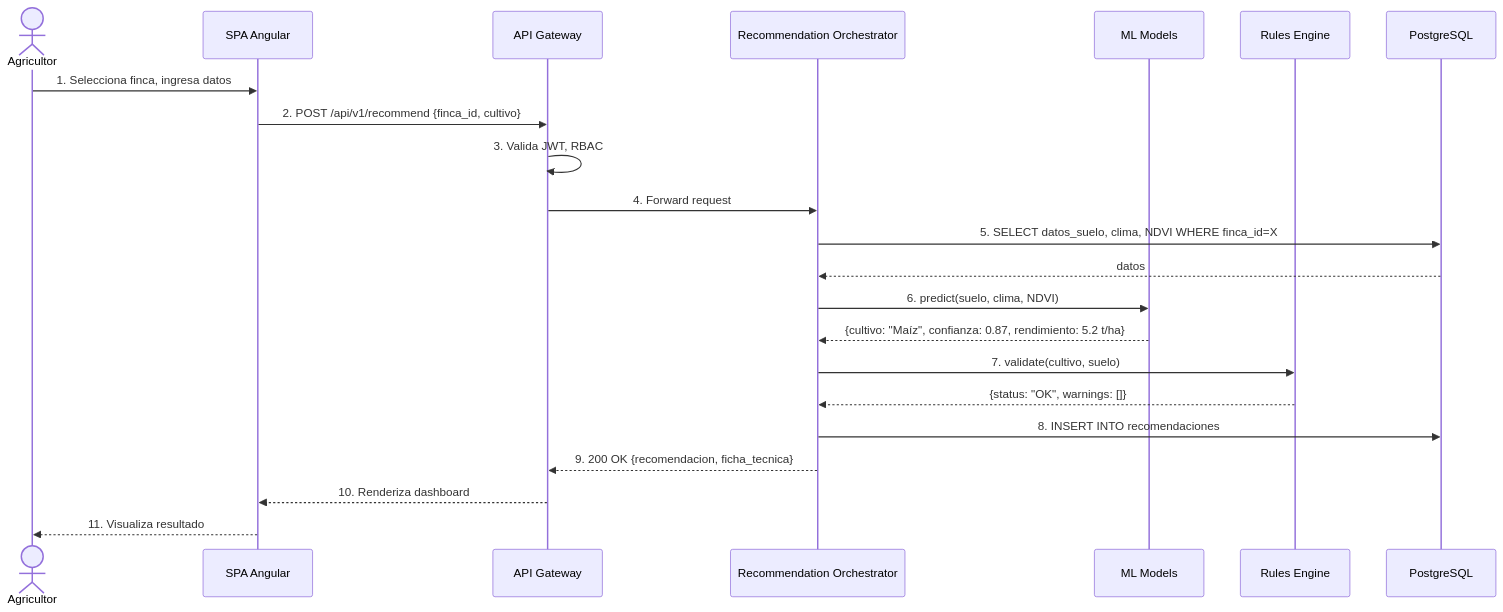
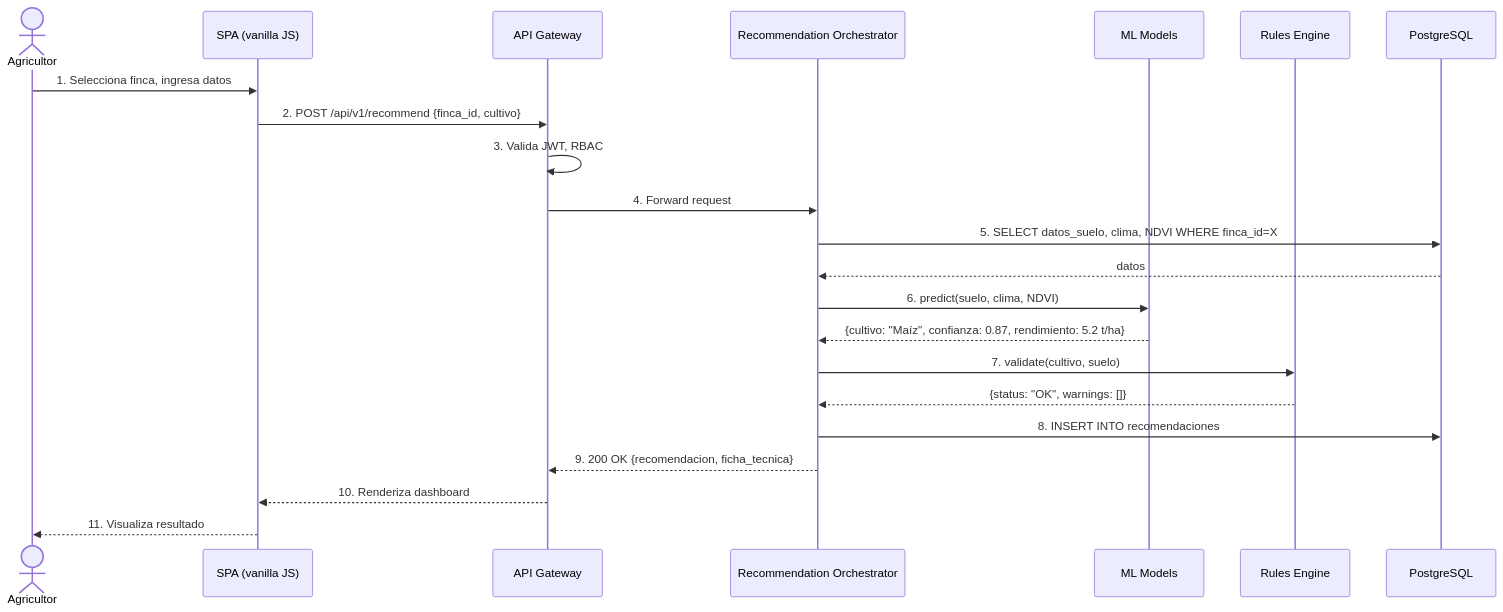
One commit to erick880709/Agro-ia changed the fourth of 9 diagrams in resources/architecture/Documento_Arquitectura_AgroIA.md. Above: the diagram before and after it, drawn with Mermaid. The commit also changed other lines of this file and 5 other files, not shown here.

Commit message:
docs: documentacion actualizada a v2.13 — funcional-tecnico (35 routers, 35 tablas, migraciones 001-035), pantallas v2.13, arquitectura con estado actual de implementacion (SPA vanilla, Render+Neon, modulos v4/operativo) y script de sincronizacion HTML desde el .md

````diff
--- a/resources/architecture/Documento_Arquitectura_AgroIA.md
+++ b/resources/architecture/Documento_Arquitectura_AgroIA.md
@@ -300,25 +354,25 @@
 ```mermaid
 sequenceDiagram
     actor A as Agricultor
-    participant SPA as SPA Angular
+    participant SPA as SPA (vanilla JS)
     participant GW as API Gateway
     participant ORCH as Recommendation Orchestrator
     participant ML as ML Models
     participant RULES as Rules Engine
     participant PG as PostgreSQL
 
     A->>SPA: 1. Selecciona finca, ingresa datos
     SPA->>GW: 2. POST /api/v1/recommend {finca_id, cultivo}
     GW->>GW: 3. Valida JWT, RBAC
     GW->>ORCH: 4. Forward request
     ORCH->>PG: 5. SELECT datos_suelo, clima, NDVI WHERE finca_id=X
     PG-->>ORCH: datos
     ORCH->>ML: 6. predict(suelo, clima, NDVI)
     ML-->>ORCH: {cultivo: "Maíz", confianza: 0.87, rendimiento: 5.2 t/ha}
     ORCH->>RULES: 7. validate(cultivo, suelo)
     RULES-->>ORCH: {status: "OK", warnings: []}
     ORCH->>PG: 8. INSERT INTO recomendaciones
     ORCH-->>GW: 9. 200 OK {recomendacion, ficha_tecnica}
     GW-->>SPA: 10. Renderiza dashboard
     SPA-->>A: 11. Visualiza resultado
 ```
````
